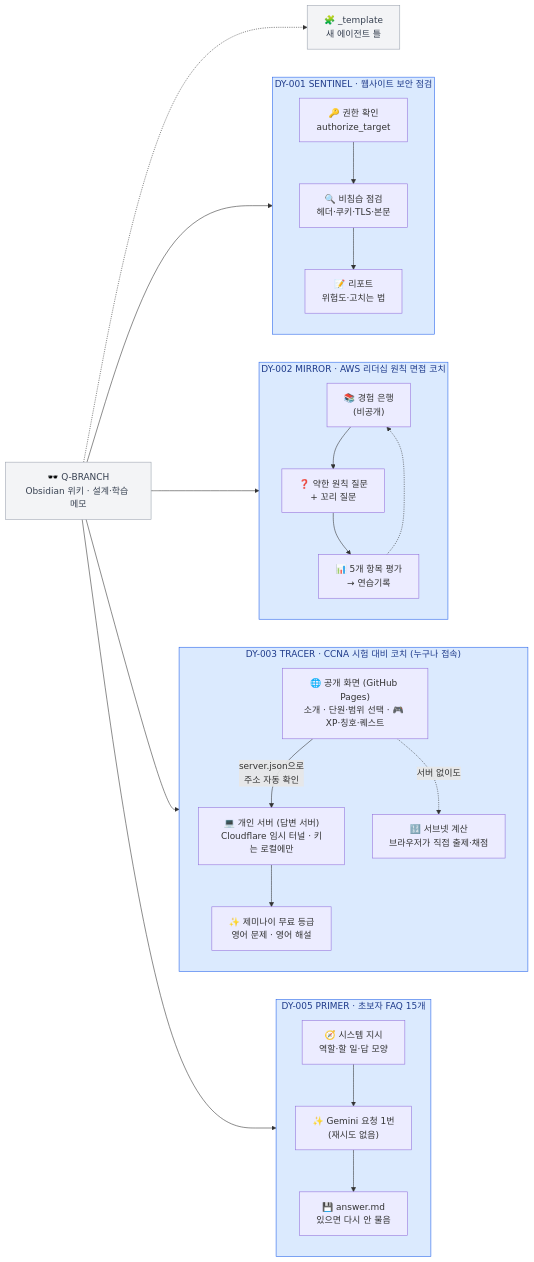
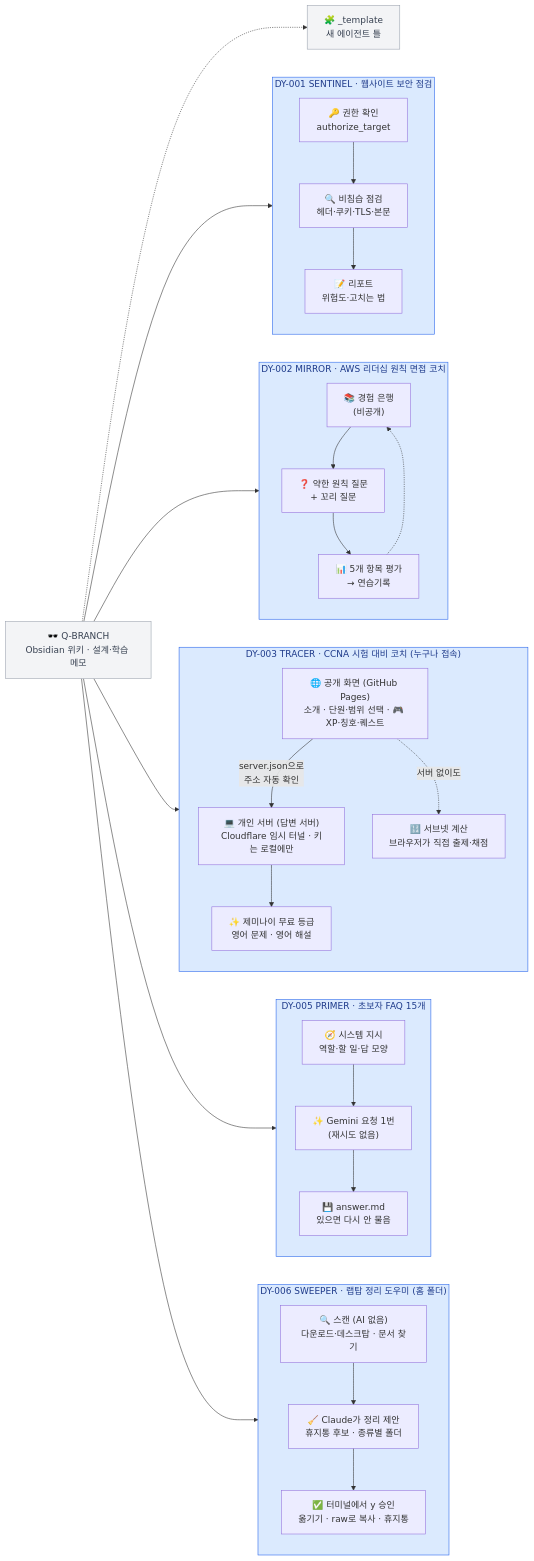
The diagram in README.md (DODO-YONG/Obsidian), drawn with Mermaid before and after one commit. The commit also changed other lines of this file and 16 other files, not shown here.

First line of the commit message:
DY-006 SWEEPER 첫 버전: 랩탑(홈 폴더) 정리 도우미

````diff
--- a/README.md
+++ b/README.md
@@ -12,43 +12,51 @@
 ```mermaid
 flowchart LR
   W["🕶️ Q-BRANCH<br/>Obsidian 위키 · 설계·학습 메모"]
   T["🧩 _template<br/>새 에이전트 틀"]
   W -.-> T
 
   subgraph SA["DY-001 SENTINEL · 웹사이트 보안 점검"]
     direction TB
     SA1["🔑 권한 확인<br/>authorize_target"] --> SA2["🔍 비침습 점검<br/>헤더·쿠키·TLS·본문"]
     SA2 --> SA3["📝 리포트<br/>위험도·고치는 법"]
   end
   W --> SA
 
   subgraph IC["DY-002 MIRROR · AWS 리더십 원칙 면접 코치"]
     direction TB
     IC1["📚 경험 은행<br/>(비공개)"] --> IC2["❓ 약한 원칙 질문<br/>+ 꼬리 질문"]
     IC2 --> IC3["📊 5개 항목 평가<br/>→ 연습기록"]
     IC3 -.-> IC1
   end
   W --> IC
 
   subgraph CC["DY-003 TRACER · CCNA 시험 대비 코치 (누구나 접속)"]
     direction TB
     CC1["🌐 공개 화면 (GitHub Pages)<br/>소개 · 단원·범위 선택 · 🎮 XP·칭호·퀘스트"] -->|"server.json으로<br/>주소 자동 확인"| CC2["💻 개인 서버 (답변 서버)<br/>Cloudflare 임시 터널 · 키는 로컬에만"]
     CC2 --> CC3["✨ 제미나이 무료 등급<br/>영어 문제 · 영어 해설"]
     CC1 -.->|"서버 없이도"| CC4["🔢 서브넷 계산<br/>브라우저가 직접 출제·채점"]
   end
   W --> CC
 
   subgraph BF["DY-005 PRIMER · 초보자 FAQ 15개"]
     direction TB
     BF1["🧭 시스템 지시<br/>역할·할 일·답 모양"] --> BF2["✨ Gemini 요청 1번<br/>(재시도 없음)"]
     BF2 --> BF3["💾 answer.md<br/>있으면 다시 안 물음"]
   end
   W --> BF
 
+  subgraph LH["DY-006 SWEEPER · 랩탑 정리 도우미 (홈 폴더)"]
+    direction TB
+    LH1["🔍 스캔 (AI 없음)<br/>다운로드·데스크탑 · 문서 찾기"] --> LH2["🧹 Claude가 정리 제안<br/>휴지통 후보 · 종류별 폴더"]
+    LH2 --> LH3["✅ 터미널에서 y 승인<br/>옮기기 · raw로 복사 · 휴지통"]
+  end
+  W --> LH
+
   classDef base fill:#f3f4f6,stroke:#9ca3af,color:#374151
   class W,T base
   style SA fill:#dbeafe,stroke:#2563eb,color:#1e3a8a
   style IC fill:#dbeafe,stroke:#2563eb,color:#1e3a8a
   style CC fill:#dbeafe,stroke:#2563eb,color:#1e3a8a
   style BF fill:#dbeafe,stroke:#2563eb,color:#1e3a8a
+  style LH fill:#dbeafe,stroke:#2563eb,color:#1e3a8a
 ```
````
